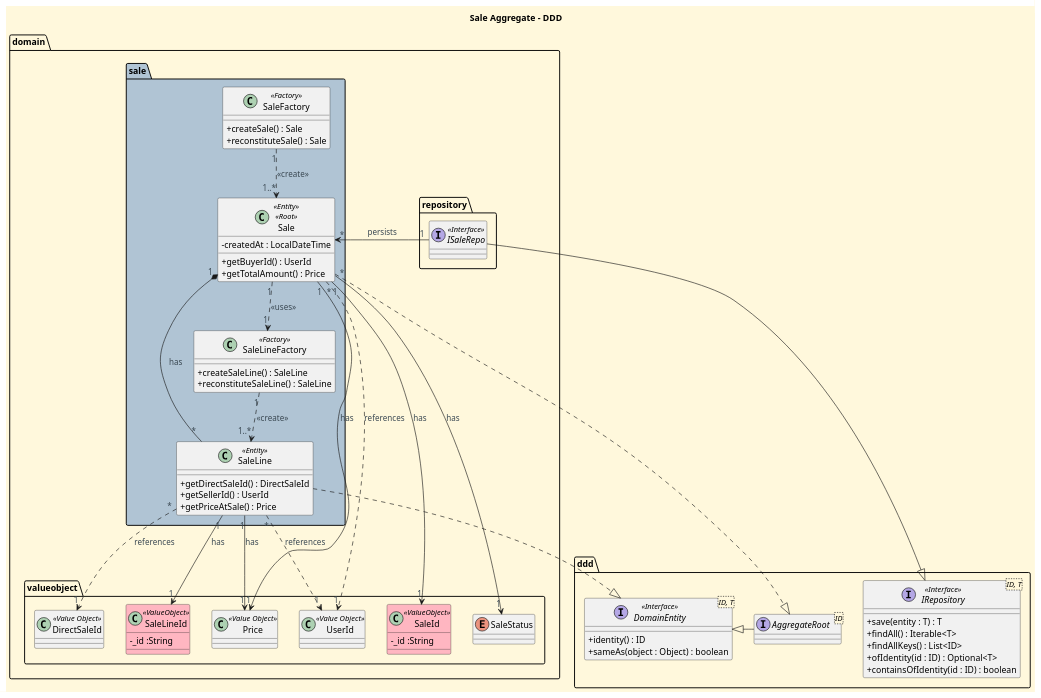
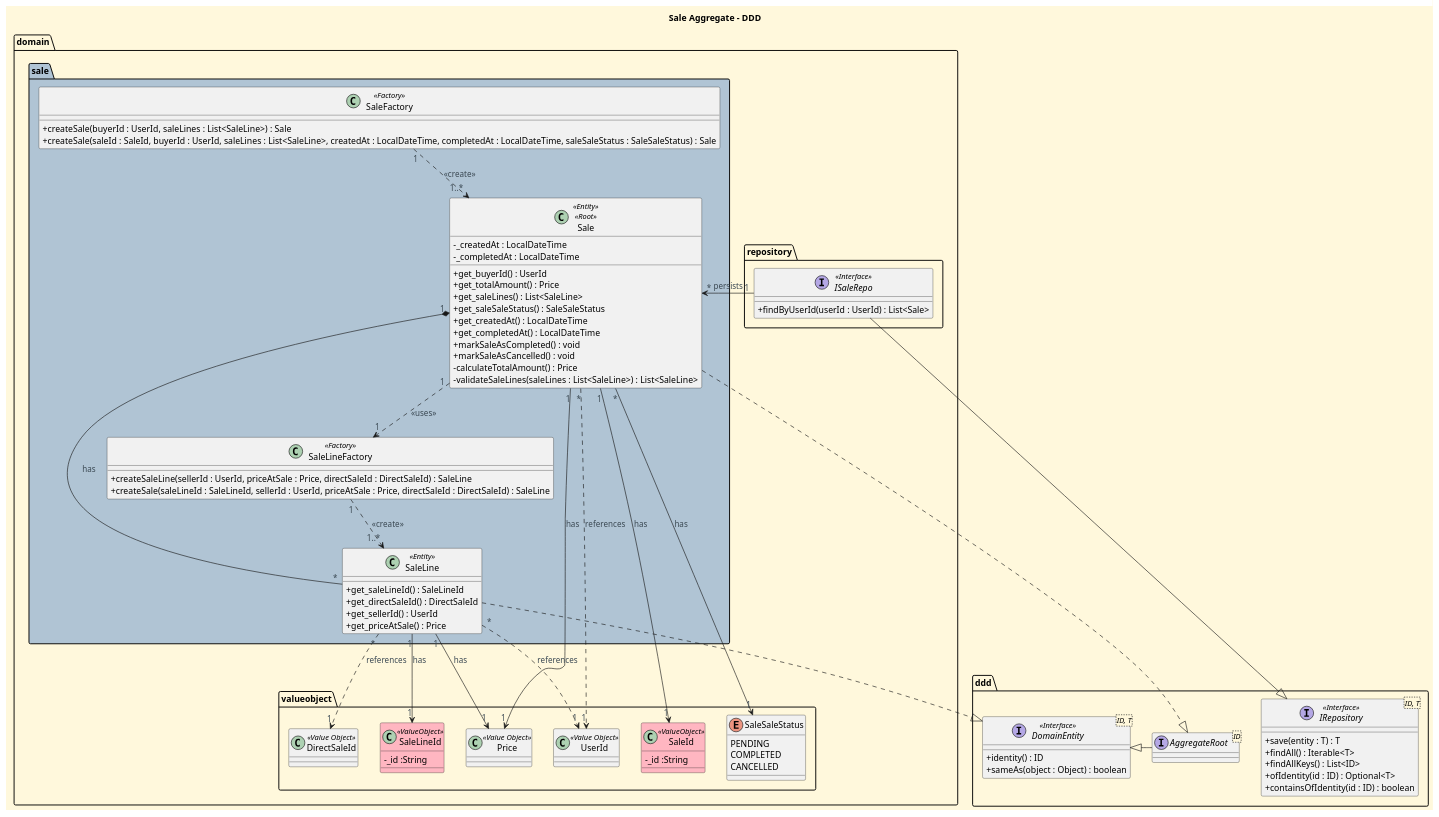
Before and after one commit to CarolinaLeite-collab/JavaMarketplacePlatform: the diagram in docs/aggregates-diagrams/Sale_Aggregate.puml, drawn with PlantUML. The commit also changed 7 other files, not shown here.

Commit message:
docs: updated diagrams to be more consistent with the codebase, closes #1191

```diff
--- a/docs/aggregates-diagrams/Sale_Aggregate.puml
+++ b/docs/aggregates-diagrams/Sale_Aggregate.puml
@@ -1,106 +1,120 @@
 @startuml
 
 title Sale Aggregate - DDD
 
 skinparam monochrome false
 skinparam shadowing false
 skinparam defaultFontName Futura
 skinparam objectFontSize 20
 skinparam backgroundColor CornSilk
 skinparam objectBackgroundColor WhiteSmoke
 skinparam noteBackgroundColor #FFFFE0
 skinparam ArrowFontColor #3B4953
 skinparam ActivationBackgroundColor black
 skinparam classAttributeIconSize 0
 
 top to bottom direction
 
 Package "domain" {
 
     Package "sale" <<Folder>> #b0c4d4 {
         class Sale <<Entity>> <<Root>> {
-            - createdAt : LocalDateTime
-            + getBuyerId() : UserId
-            + getTotalAmount() : Price
+            - _createdAt : LocalDateTime
+            - _completedAt : LocalDateTime
+            + get_buyerId() : UserId
+            + get_totalAmount() : Price
+            + get_saleLines() : List<SaleLine>
+            + get_saleSaleStatus() : SaleSaleStatus
+            + get_createdAt() : LocalDateTime
+            + get_completedAt() : LocalDateTime
+            + markSaleAsCompleted() : void
+            + markSaleAsCancelled() : void
+            - calculateTotalAmount() : Price
+            - validateSaleLines(saleLines : List<SaleLine>) : List<SaleLine>
         }
 
         class SaleLine <<Entity>> {
-            + getDirectSaleId() : DirectSaleId
-            + getSellerId() : UserId
-            + getPriceAtSale() : Price
+            + get_saleLineId() : SaleLineId
+            + get_directSaleId() : DirectSaleId
+            + get_sellerId() : UserId
+            + get_priceAtSale() : Price
                 }
 
         class SaleFactory <<Factory>> {
-            +createSale() : Sale
-            +reconstituteSale() : Sale
+            +createSale(buyerId : UserId, saleLines : List<SaleLine>) : Sale
+            +createSale(saleId : SaleId, buyerId : UserId, saleLines : List<SaleLine>, createdAt : LocalDateTime, completedAt : LocalDateTime, saleSaleStatus : SaleSaleStatus) : Sale
         }
         class SaleLineFactory <<Factory>> {
-            +createSaleLine() : SaleLine
-            +reconstituteSaleLine() : SaleLine
+            +createSaleLine(sellerId : UserId, priceAtSale : Price, directSaleId : DirectSaleId) : SaleLine
+            +createSale(saleLineId : SaleLineId, sellerId : UserId, priceAtSale : Price, directSaleId : DirectSaleId) : SaleLine
         }
     }
 
     Package "valueobject" <<Folder>> {
         class SaleId <<ValueObject>> #LightPink {
                 -_id :String
                     }
 
         class SaleLineId <<ValueObject>> #LightPink{
         -_id :String
                     }
 
-        enum SaleStatus {
+        enum SaleSaleStatus {
+            PENDING
+            COMPLETED
+            CANCELLED
         }
 
                 class UserId <<Value Object>>
                 class DirectSaleId <<Value Object>>
                 class Price <<Value Object>>
     }
 
     Package "repository" <<Folder>> {
         interface ISaleRepo <<Interface>> {
+            +findByUserId(userId : UserId) : List<Sale>
         }
     }
 }
 
 Package "ddd" {
     interface IRepository<ID, T> <<Interface>> {
         +save(entity : T) : T
         +findAll() : Iterable<T>
         +findAllKeys() : List<ID>
         +ofIdentity(id : ID) : Optional<T>
         +containsOfIdentity(id : ID) : boolean
     }
     interface AggregateRoot<ID> {}
     interface DomainEntity<ID, T> <<Interface>> {
         +identity() : ID
         +sameAs(object : Object) : boolean
     }
 }
 
 
 Sale "*" <- "1" ISaleRepo : persists
 
 ISaleRepo --|> IRepository
 SaleFactory "1" ..> "1..*" Sale : <<create>>
 SaleLineFactory "1" ..> "1..*" SaleLine : <<create>>
 Sale "1" *-- "*" SaleLine: has
 
 Sale "1" -> "1" SaleId : has
 Sale "*"..> "1" UserId : references
 Sale "1" -> "1" Price : has
 SaleLine "1" -> "1" Price : has
 
-Sale "*" -> "1" SaleStatus : has
+Sale "*" -> "1" SaleSaleStatus : has
 
 SaleLine "*"..> "1" DirectSaleId : references
 SaleLine "*"..> "1" UserId : references
 SaleLine "1" -> "1" SaleLineId : has
 
 Sale "1" ..> "1" SaleLineFactory : <<uses>>
 
 Sale ..|> AggregateRoot
 SaleLine ..|> DomainEntity
 AggregateRoot -|> DomainEntity
 
 @enduml
```
